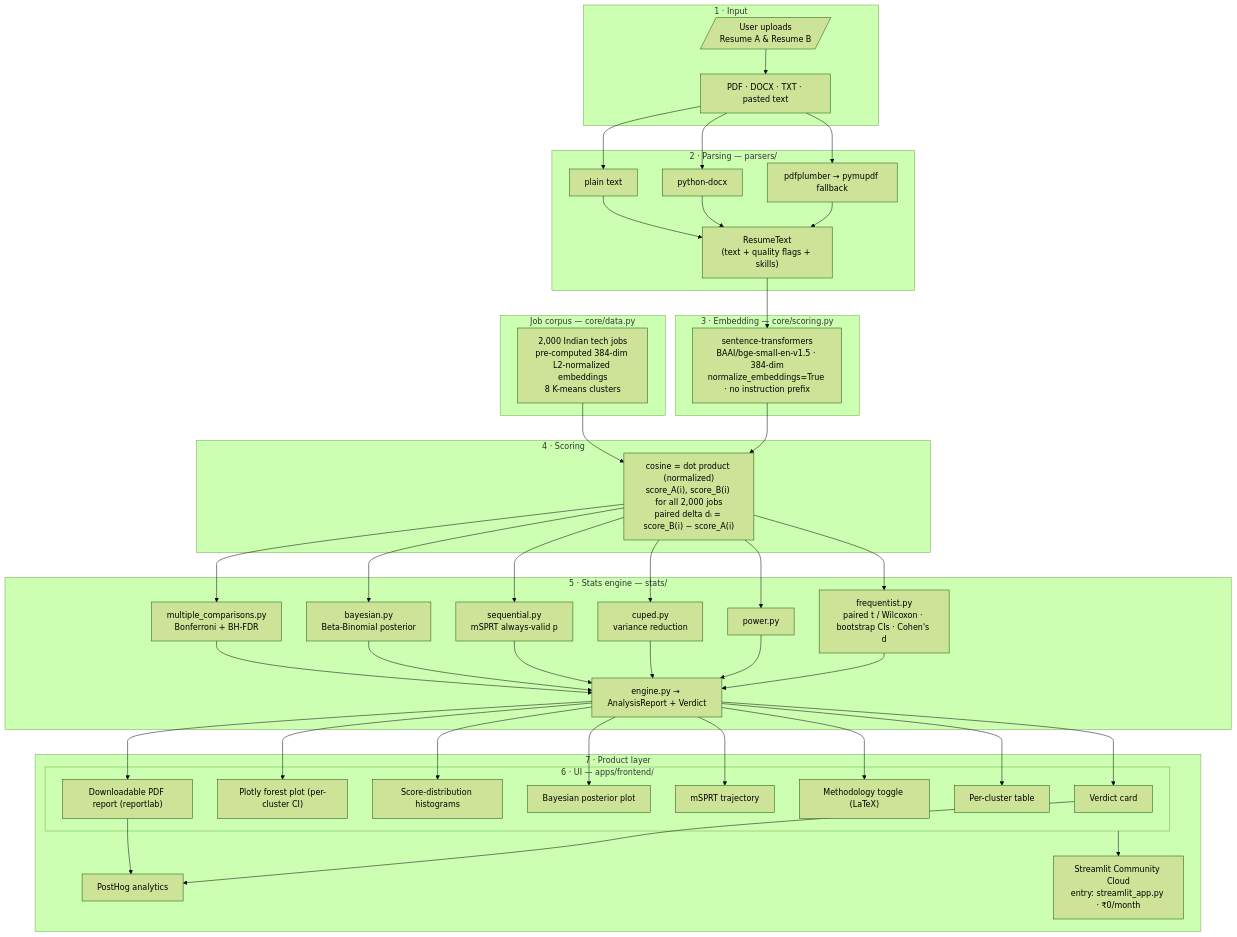
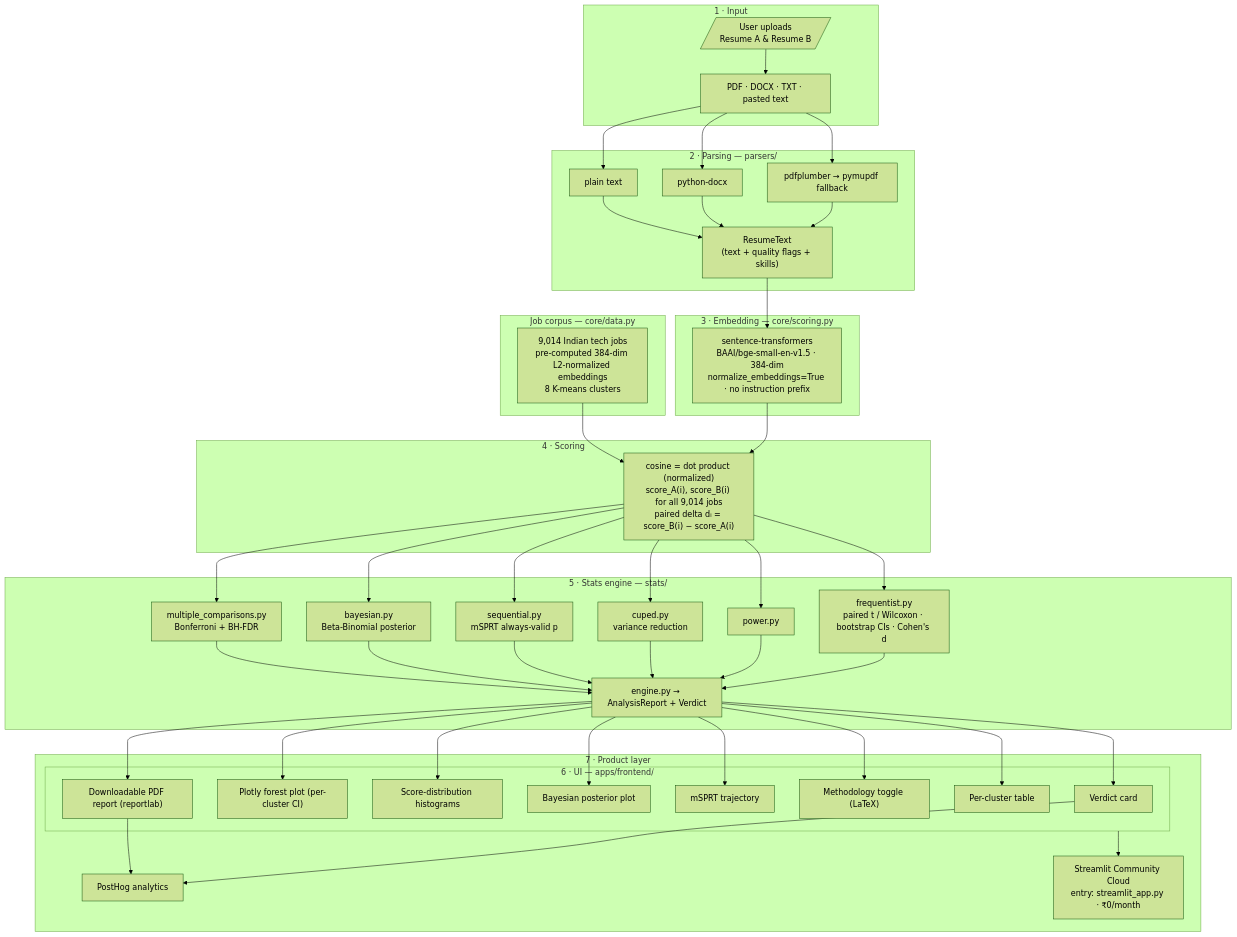
The first of 2 diagrams in docs/architecture.md (ayushgupta07xx/ResumeMatchLab), drawn with Mermaid (forest theme) before and after one commit. The commit also changed other lines of this file and 22 other files, not shown here.

````diff
--- a/docs/architecture.md
+++ b/docs/architecture.md
@@ -11,61 +11,61 @@
 ```mermaid
 flowchart TD
     subgraph INPUT["1 · Input"]
         U[/"User uploads<br/>Resume A &amp; Resume B"/]
         FMT["PDF · DOCX · TXT · pasted text"]
         U --> FMT
     end
 
     subgraph PARSE["2 · Parsing — parsers/"]
         P1["pdfplumber → pymupdf fallback"]
         P2["python-docx"]
         P3["plain text"]
         RT["ResumeText<br/>(text + quality flags + skills)"]
         FMT --> P1 & P2 & P3 --> RT
     end
 
     subgraph EMBED["3 · Embedding — core/scoring.py"]
         E["sentence-transformers<br/>BAAI/bge-small-en-v1.5 · 384-dim<br/>normalize_embeddings=True · no instruction prefix"]
         RT --> E
     end
 
     subgraph CORPUS["Job corpus — core/data.py"]
-        C["2,000 Indian tech jobs<br/>pre-computed 384-dim L2-normalized embeddings<br/>8 K-means clusters"]
+        C["9,014 Indian tech jobs<br/>pre-computed 384-dim L2-normalized embeddings<br/>8 K-means clusters"]
     end
 
     subgraph SCORE["4 · Scoring"]
-        S["cosine = dot product (normalized)<br/>score_A(i), score_B(i) for all 2,000 jobs<br/>paired delta dᵢ = score_B(i) − score_A(i)"]
+        S["cosine = dot product (normalized)<br/>score_A(i), score_B(i) for all 9,014 jobs<br/>paired delta dᵢ = score_B(i) − score_A(i)"]
         E --> S
         C --> S
     end
 
     subgraph STATS["5 · Stats engine — stats/"]
         F["frequentist.py<br/>paired t / Wilcoxon · bootstrap CIs · Cohen's d"]
         PW["power.py"]
         CU["cuped.py<br/>variance reduction"]
         SQ["sequential.py<br/>mSPRT always-valid p"]
         BA["bayesian.py<br/>Beta-Binomial posterior"]
         MC["multiple_comparisons.py<br/>Bonferroni + BH-FDR"]
         EN["engine.py → AnalysisReport + Verdict"]
         S --> F & PW & CU & SQ & BA & MC --> EN
     end
 
     subgraph OUTPUT["6 · UI — apps/frontend/"]
         V["Verdict card"]
         FP["Plotly forest plot (per-cluster CI)"]
         H["Score-distribution histograms"]
         BP["Bayesian posterior plot"]
         MP["mSPRT trajectory"]
         MT["Methodology toggle (LaTeX)"]
         TB["Per-cluster table"]
         PDF["Downloadable PDF report (reportlab)"]
         EN --> V & FP & H & BP & MP & MT & TB & PDF
     end
 
     subgraph PRODUCT["7 · Product layer"]
         PH["PostHog analytics"]
         DEP["Streamlit Community Cloud<br/>entry: streamlit_app.py · ₹0/month"]
         V & PDF --> PH
         OUTPUT --> DEP
     end
 ```
````
